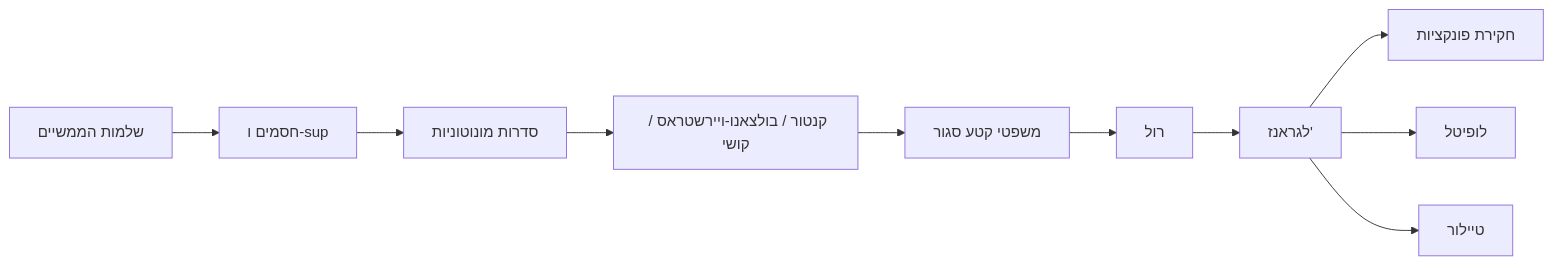
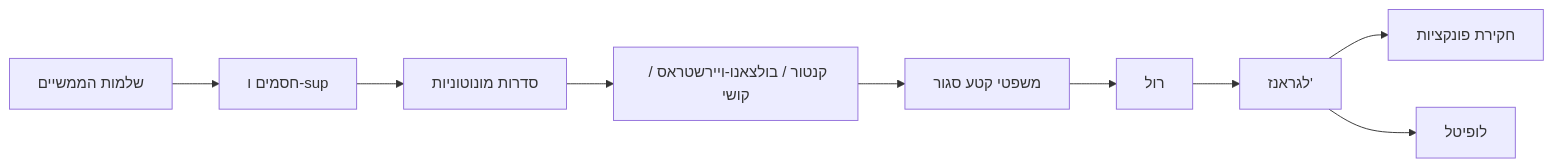
Before and after one commit to Moshiko-Sarig/Calc1-The-Open-University: the diagram in חשבון אינפיסימטלי 1/אינפי 1 - מפת הקורס.md, drawn with Mermaid. The commit also changed other lines of this file and 58 other files, not shown here.

````diff
--- a/חשבון אינפיסימטלי 1/אינפי 1 - מפת הקורס.md
+++ b/חשבון אינפיסימטלי 1/אינפי 1 - מפת הקורס.md
@@ -19,12 +17,11 @@
 ```mermaid
 flowchart LR
     A["שלמות הממשיים"] --> B["חסמים ו-sup"]
     B --> C["סדרות מונוטוניות"]
     C --> D["קנטור / בולצאנו-ויירשטראס / קושי"]
     D --> E["משפטי קטע סגור"]
     E --> F["רול"]
     F --> G["לגראנז'"]
     G --> H["חקירת פונקציות"]
     G --> I["לופיטל"]
-    G --> J["טיילור"]
 ```
````
